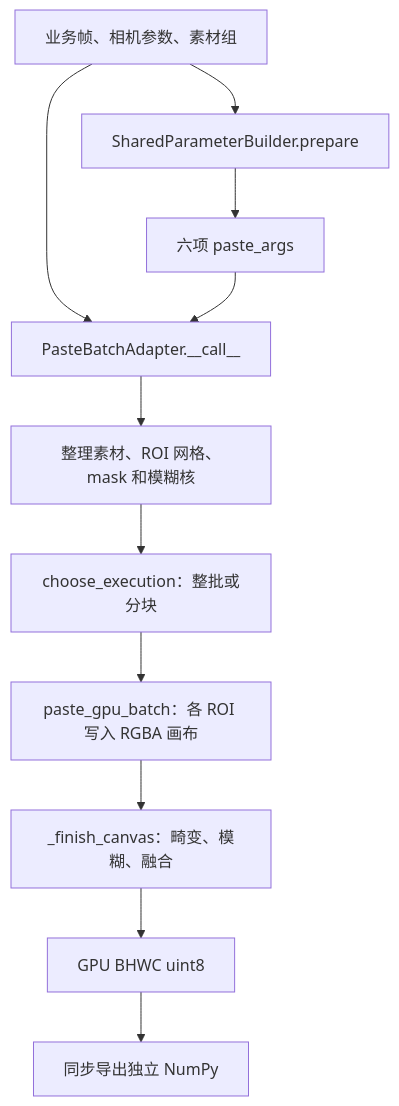
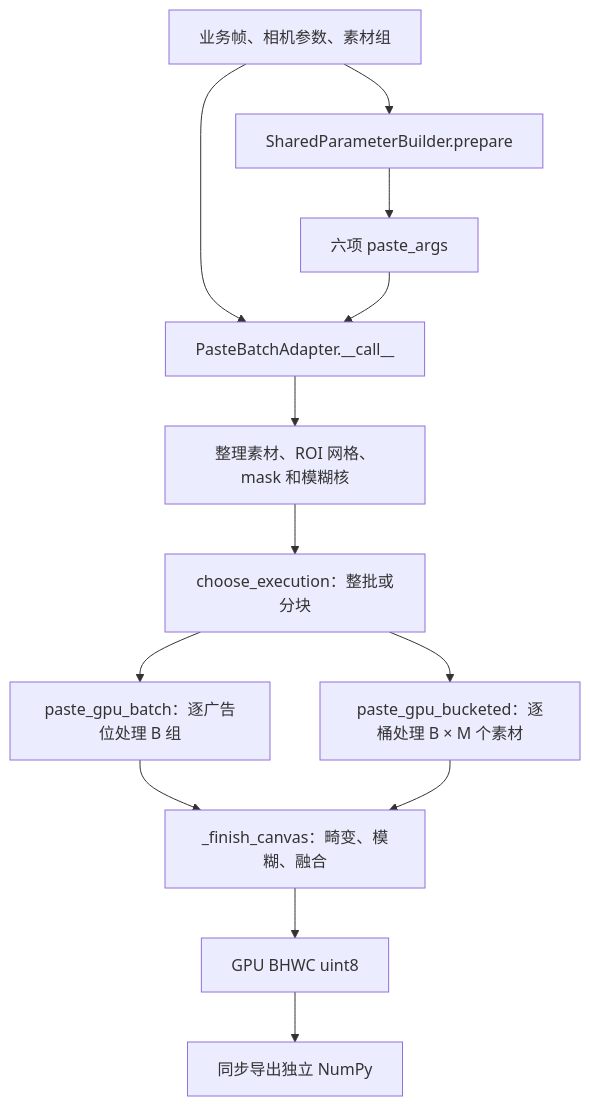
Before and after one commit to adshhzy/VirtualAds: the diagram in ARCHITECTURE.md, drawn with Mermaid. The commit also changed other lines of this file and 12 other files, not shown here.

Commit message:
Benchmark batch and bucketed pipelines and extend measured chunk policy

````diff
--- a/ARCHITECTURE.md
+++ b/ARCHITECTURE.md
@@ -15,13 +16,15 @@
 ```mermaid
 flowchart TD
     A[业务帧、相机参数、素材组] --> B[SharedParameterBuilder.prepare]
     B --> C[六项 paste_args]
     A --> D[PasteBatchAdapter.__call__]
     C --> D
     D --> E[整理素材、ROI 网格、mask 和模糊核]
     E --> F[choose_execution：整批或分块]
-    F --> G[paste_gpu_batch：各 ROI 写入 RGBA 画布]
+    F --> G[paste_gpu_batch：逐广告位处理 B 组]
+    F --> K[paste_gpu_bucketed：逐桶处理 B × M 个素材]
     G --> H[_finish_canvas：畸变、模糊、融合]
+    K --> H
     H --> I[GPU BHWC uint8]
     I --> J[同步导出独立 NumPy]
 ```
````
